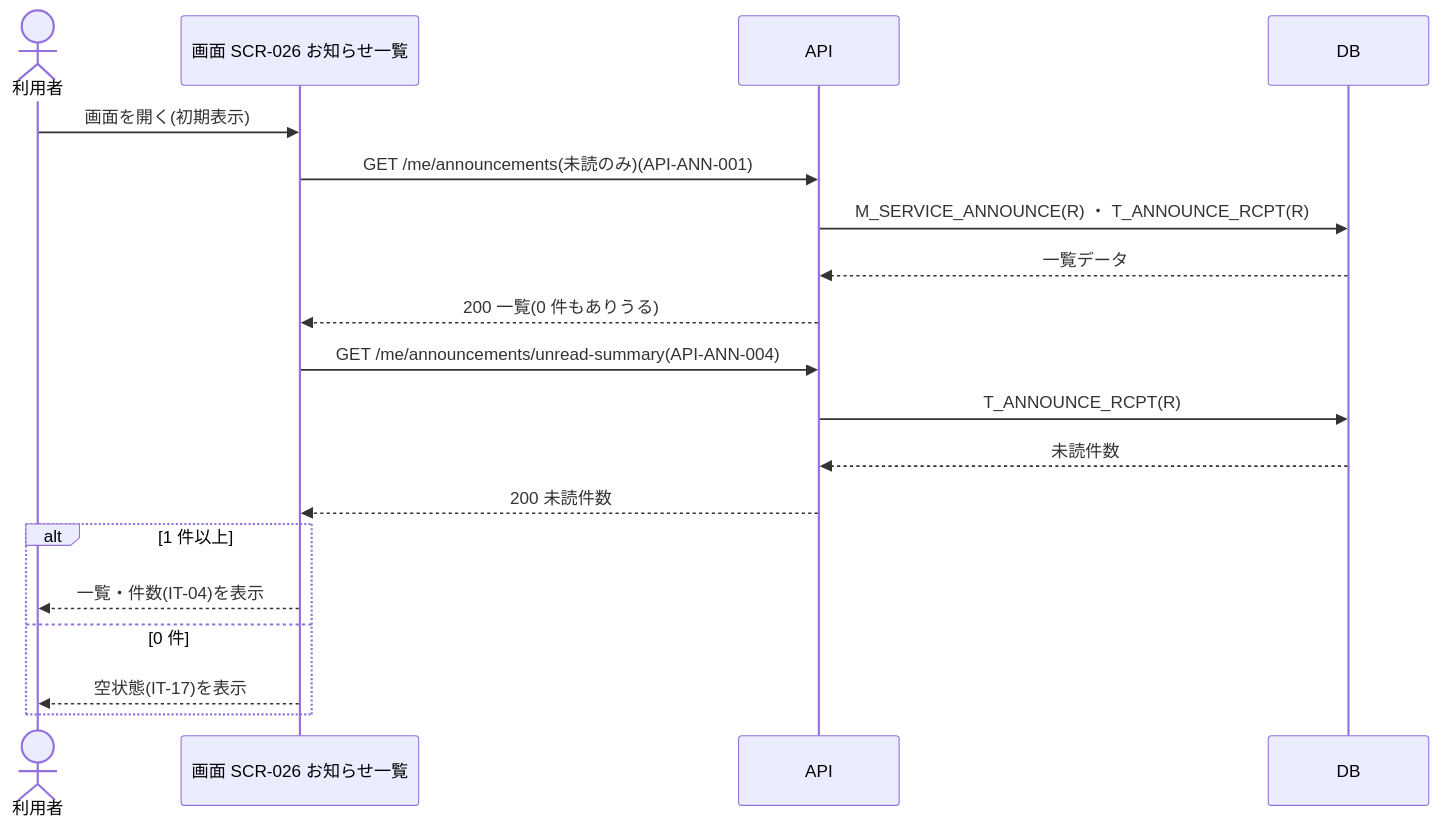
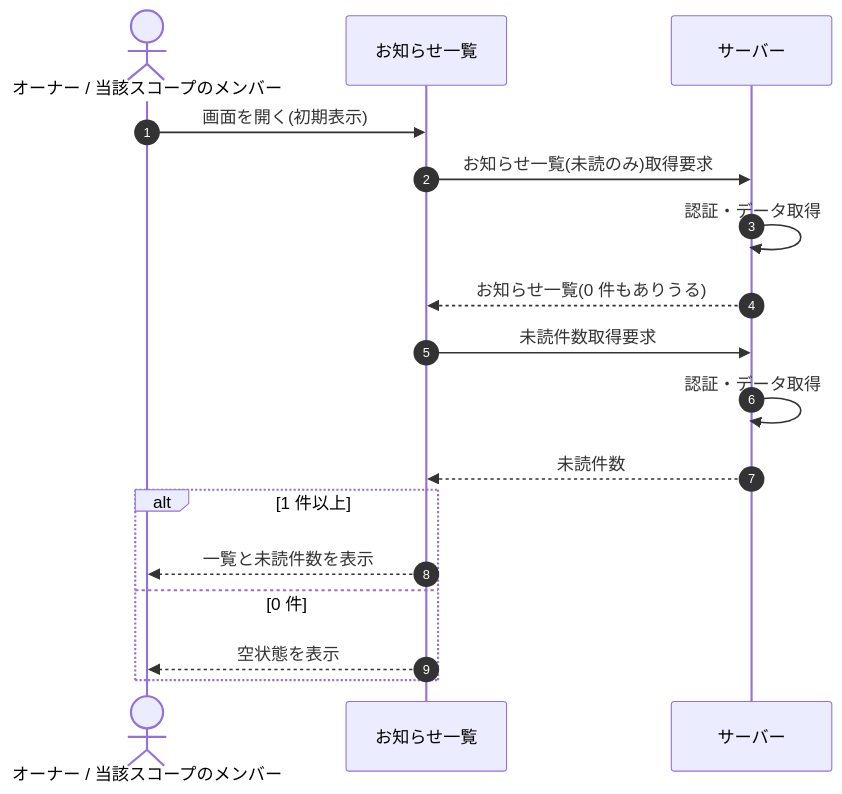
The diagram in 02_basic_design/05_sequences/SEQ-054.md (sikakou54/open-faq), drawn with Mermaid before and after one commit. The commit also changed other lines of this file and 108 other files, not shown here.

First line of the commit message:
基本設計: シーケンス図を基本設計粒度(ユーザー/画面/サーバー)へ再編成

````diff
--- a/02_basic_design/05_sequences/SEQ-054.md
+++ b/02_basic_design/05_sequences/SEQ-054.md
@@ -25,21 +32,19 @@
 ```mermaid
 sequenceDiagram
-  actor U as 利用者
-  participant S as 画面 SCR-026 お知らせ一覧
-  participant API as API
-  participant DB as DB
-  U->>S: 画面を開く(初期表示)
-  S->>API: GET /me/announcements(未読のみ)(API-ANN-001)
-  API->>DB: M_SERVICE_ANNOUNCE(R) ・ T_ANNOUNCE_RCPT(R)
-  DB-->>API: 一覧データ
-  API-->>S: 200 一覧(0 件もありうる)
-  S->>API: GET /me/announcements/unread-summary(API-ANN-004)
-  API->>DB: T_ANNOUNCE_RCPT(R)
-  DB-->>API: 未読件数
-  API-->>S: 200 未読件数
+  autonumber
+  actor U as オーナー / 当該スコープのメンバー
+  participant Screen as お知らせ一覧
+  participant Server as サーバー
+  U->>Screen: 画面を開く(初期表示)
+  Screen->>Server: お知らせ一覧(未読のみ)取得要求
+  Server->>Server: 認証・データ取得
+  Server-->>Screen: お知らせ一覧(0 件もありうる)
+  Screen->>Server: 未読件数取得要求
+  Server->>Server: 認証・データ取得
+  Server-->>Screen: 未読件数
   alt 1 件以上
-    S-->>U: 一覧・件数(IT-04)を表示
+    Screen-->>U: 一覧と未読件数を表示
   else 0 件
-    S-->>U: 空状態(IT-17)を表示
+    Screen-->>U: 空状態を表示
   end
 ```
````
